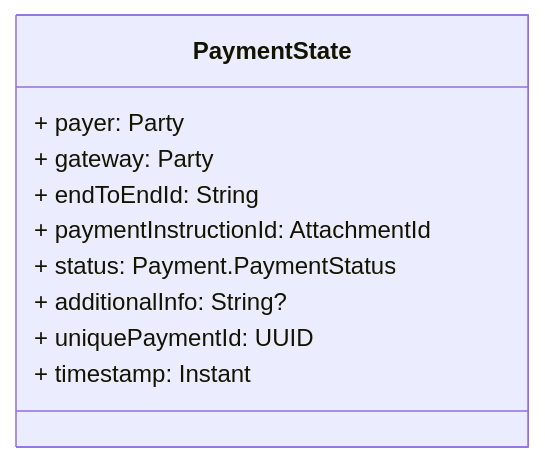
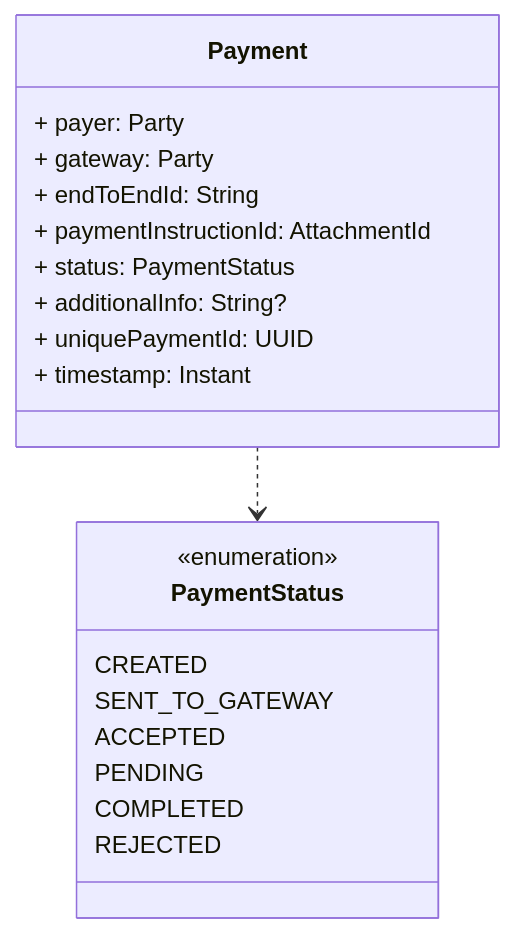
One commit to gevamu/gevamu.github.io changed the second of 2 diagrams in content/4.examples/query-payment-states.draft.md. Above: the diagram before and after it, drawn with Mermaid. The commit also changed other lines of this file, not shown here.

Commit message:
Update Payment diagram

````diff
--- a/content/4.examples/query-payment-states.draft.md
+++ b/content/4.examples/query-payment-states.draft.md
@@ -20,13 +22,25 @@
 ```mermaid
 classDiagram
-  class PaymentState {
+  class Payment {
     + payer: Party
     + gateway: Party
     + endToEndId: String
     + paymentInstructionId: AttachmentId
-    + status: Payment.PaymentStatus
+    + status: PaymentStatus
     + additionalInfo: String?
     + uniquePaymentId: UUID
     + timestamp: Instant
   }
+
+  class PaymentStatus{
+    <<enumeration>>
+    CREATED
+    SENT_TO_GATEWAY
+    ACCEPTED
+    PENDING
+    COMPLETED
+    REJECTED
+  }
+
+  Payment ..> PaymentStatus
 ```
````
